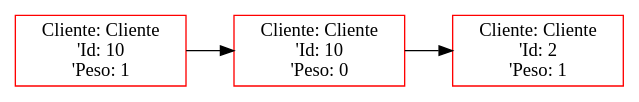
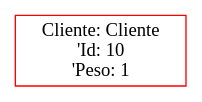
One commit to FranklinONP/EDD_PROYECTO_202200089 changed the diagram in Proyecto1/Proyecto1_202200089/Main/pequena.dot. Above: the diagram before and after it, drawn with Graphviz. The commit also changed 13 other files, not shown here.

```diff
--- a/Proyecto1/Proyecto1_202200089/Main/pequena.dot
+++ b/Proyecto1/Proyecto1_202200089/Main/pequena.dot
@@ -1,8 +1,4 @@
  digraph G {
  rankdir=LR;
  node0 [label="Cliente: Cliente\n'Id: 10\n'Peso: 1", color="red", shape="rectangle"];
- node1 [label="Cliente: Cliente\n'Id: 10\n'Peso: 0", color="red", shape="rectangle"];
- node0 -> node1 [dir="forward"];
- node2 [label="Cliente: Cliente\n'Id: 2\n'Peso: 1", color="red", shape="rectangle"];
- node1 -> node2 [dir="forward"];
  }
```
